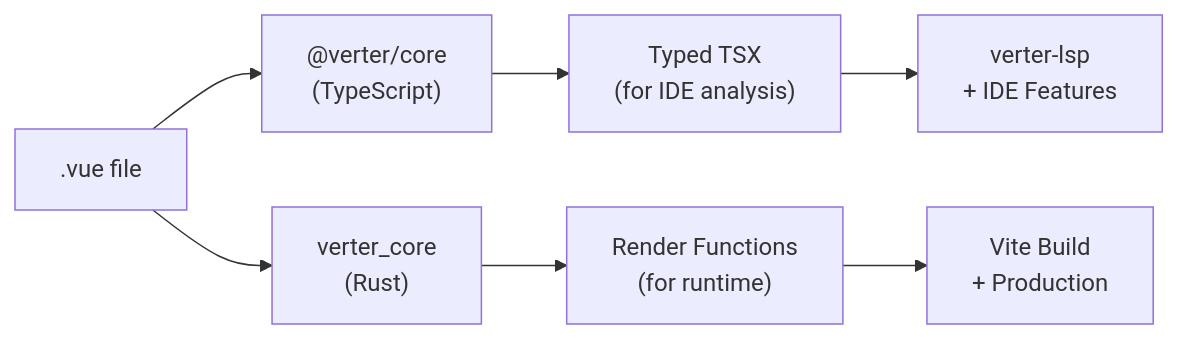
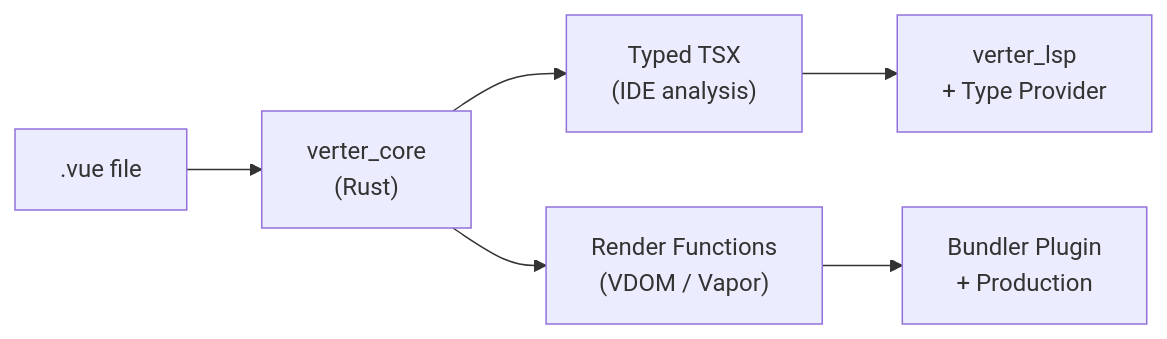
Before and after one commit to pikax/verter: the second of 2 diagrams in readme.md, drawn with Mermaid. The commit also changed other lines of this file, not shown here.

First line of the commit message:
docs(*): rewrite README to reflect Rust-first toolchain

````diff
--- a/readme.md
+++ b/readme.md
@@ -205,9 +207,8 @@
 ```mermaid
 flowchart LR
-    SFC[".vue file"] --> TSCore["@verter/core<br/>(TypeScript)"]
-    SFC --> RustCompiler["verter_core<br/>(Rust)"]
-    TSCore --> TSX["Typed TSX<br/>(for IDE analysis)"]
-    RustCompiler --> Render["Render Functions<br/>(for runtime)"]
-    TSX --> LSP["verter-lsp<br/>+ IDE Features"]
-    Render --> Vite["Vite Build<br/>+ Production"]
+    SFC[".vue file"] --> Compiler["verter_core<br/>(Rust)"]
+    Compiler --> IDE["Typed TSX<br/>(IDE analysis)"]
+    Compiler --> Runtime["Render Functions<br/>(VDOM / Vapor)"]
+    IDE --> LSP["verter_lsp<br/>+ Type Provider"]
+    Runtime --> Bundler["Bundler Plugin<br/>+ Production"]
 ```
````
